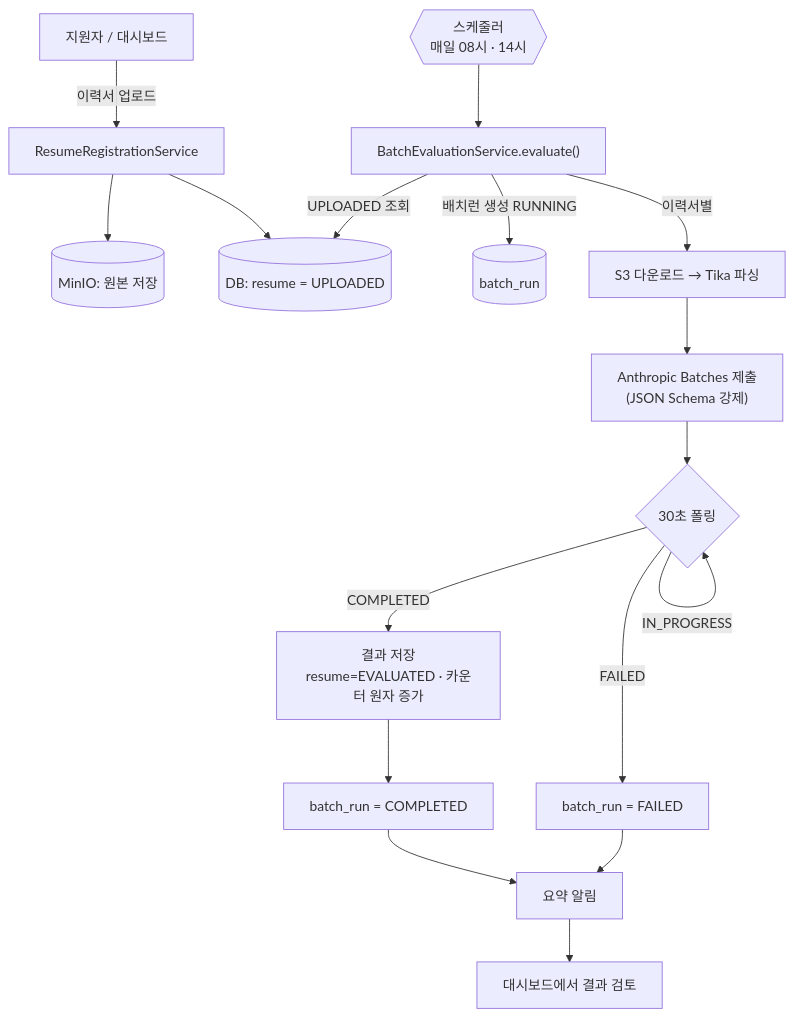
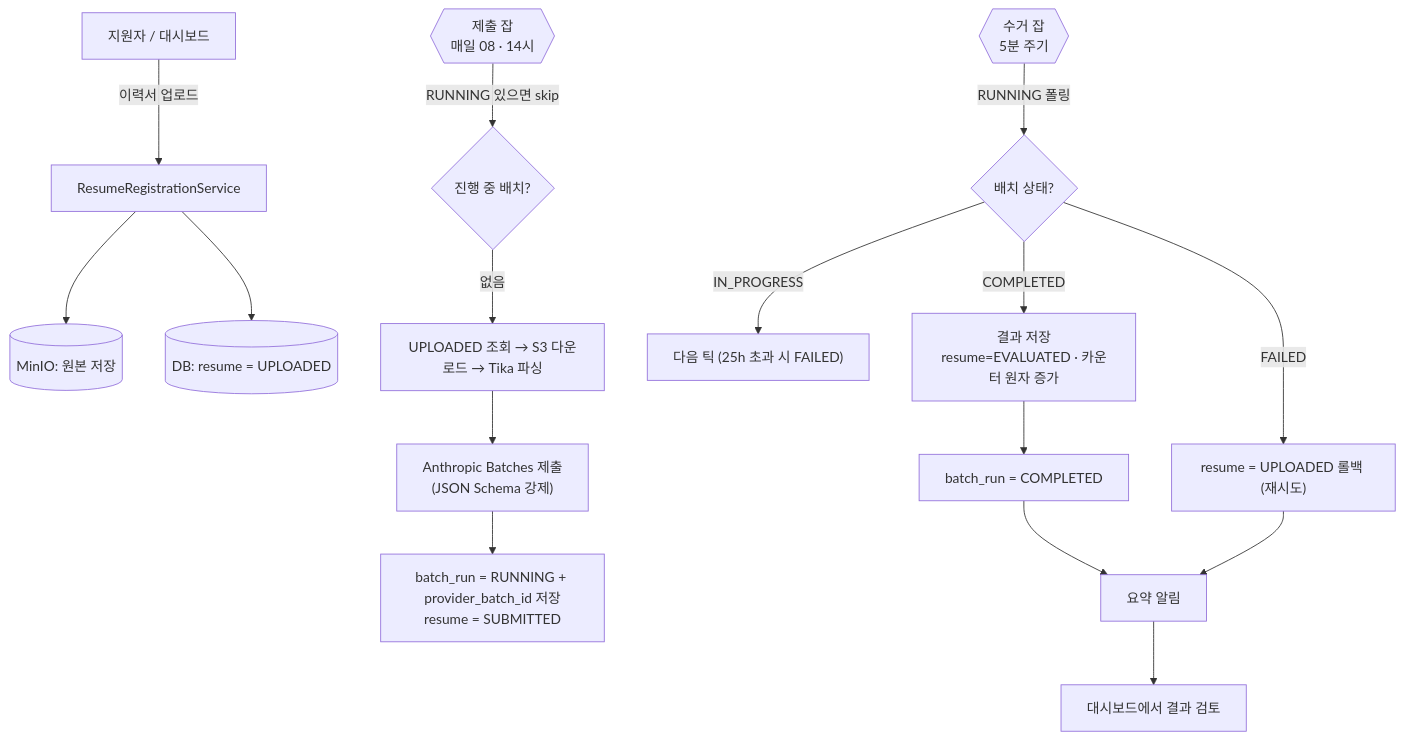
Before and after one commit to jaenam615/hr-filter: the third of 3 diagrams in README.md, drawn with Mermaid. The commit also changed other lines of this file and 2 other files, not shown here.

````diff
--- a/README.md
+++ b/README.md
@@ -120,20 +121,20 @@
 ```mermaid
 flowchart TD
     U["지원자 / 대시보드"] -->|이력서 업로드| UP["ResumeRegistrationService"]
     UP --> S3[("MinIO: 원본 저장")]
     UP --> DB1[("DB: resume = UPLOADED")]
 
-    CRON{{"스케줄러<br/>매일 08시 · 14시"}} --> EVAL["BatchEvaluationService.evaluate()"]
-    EVAL -->|UPLOADED 조회| DB1
-    EVAL -->|배치런 생성 RUNNING| DB2[("batch_run")]
-    EVAL -->|이력서별| DL["S3 다운로드 → Tika 파싱"]
-    DL --> SUB["Anthropic Batches 제출<br/>(JSON Schema 강제)"]
-    SUB --> POLL{"30초 폴링"}
-    POLL -->|IN_PROGRESS| POLL
+    SUBMIT{{"제출 잡<br/>매일 08 · 14시"}} -->|"RUNNING 있으면 skip"| GUARD{진행 중 배치?}
+    GUARD -->|없음| PICK["UPLOADED 조회 → S3 다운로드 → Tika 파싱"]
+    PICK --> SUB["Anthropic Batches 제출<br/>(JSON Schema 강제)"]
+    SUB --> PERSIST["batch_run = RUNNING + provider_batch_id 저장<br/>resume = SUBMITTED"]
+
+    COLLECT{{"수거 잡<br/>5분 주기"}} -->|RUNNING 폴링| POLL{배치 상태?}
+    POLL -->|IN_PROGRESS| WAIT["다음 틱 (25h 초과 시 FAILED)"]
     POLL -->|COMPLETED| SAVE["결과 저장<br/>resume=EVALUATED · 카운터 원자 증가"]
-    POLL -->|FAILED| FAIL["batch_run = FAILED"]
+    POLL -->|FAILED| REVERT["resume = UPLOADED 롤백 (재시도)"]
     SAVE --> DONE["batch_run = COMPLETED"]
     DONE --> NOTI["요약 알림"]
-    FAIL --> NOTI
+    REVERT --> NOTI
     NOTI --> DASH["대시보드에서 결과 검토"]
 ```
````
